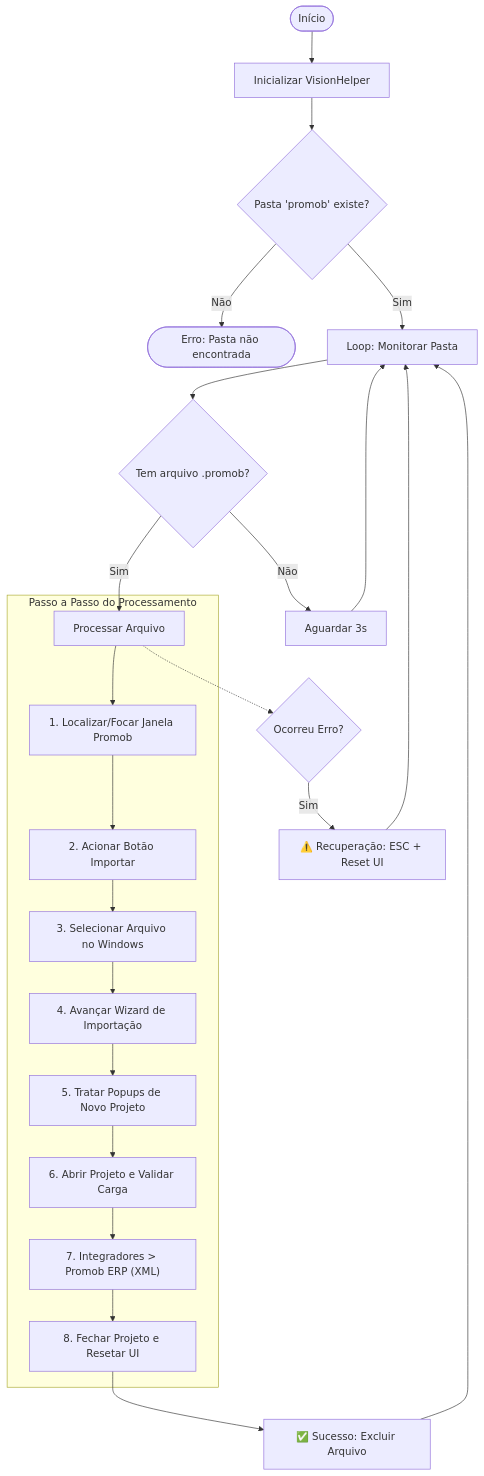
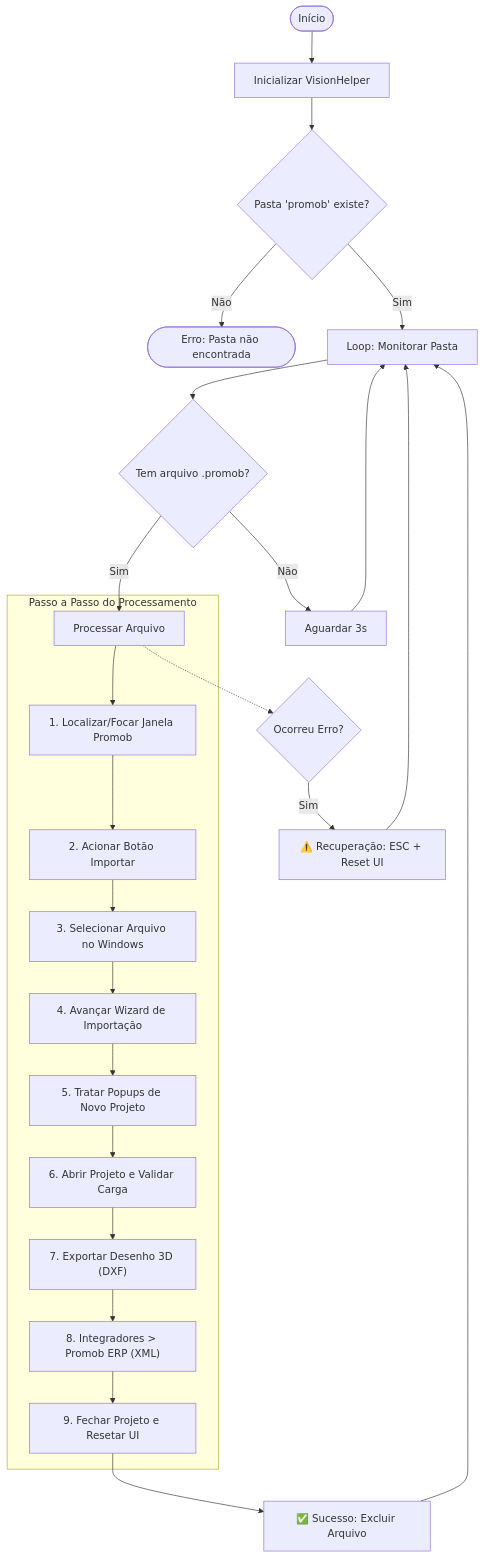
One commit to betolara1/PORMOB-AUTOMACAO changed the diagram in README.md. Above: the diagram before and after it, drawn with Mermaid. The commit also changed other lines of this file and 16 other files, not shown here.

````diff
--- a/README.md
+++ b/README.md
@@ -24,28 +41,29 @@
 ```mermaid
 graph TD
     Start([Início]) --> InitVision[Inicializar VisionHelper]
     InitVision --> CheckFolder{Pasta 'promob' existe?}
     CheckFolder -- Não --> EndError([Erro: Pasta não encontrada])
     CheckFolder -- Sim --> MainLoop[Loop: Monitorar Pasta]
     
     MainLoop --> GetFile{Tem arquivo .promob?}
     GetFile -- Não --> Wait[Aguardar 3s] --> MainLoop
     GetFile -- Sim --> Process[Processar Arquivo]
     
     subgraph Passo a Passo do Processamento
     Process --> FindPromob["1. Localizar/Focar Janela Promob"]
     FindPromob --> ClickImport["2. Acionar Botão Importar"]
     ClickImport --> SelectFile["3. Selecionar Arquivo no Windows"]
     SelectFile --> AdvWizard["4. Avançar Wizard de Importação"]
     AdvWizard --> HandlePopups["5. Tratar Popups de Novo Projeto"]
     HandlePopups --> OpenProj["6. Abrir Projeto e Validar Carga"]
-    OpenProj --> Navigate["7. Integradores > Promob ERP (XML)"]
-    Navigate --> CloseProj["8. Fechar Projeto e Resetar UI"]
+    OpenProj --> Export3D["7. Exportar Desenho 3D (DXF)"]
+    Export3D --> Navigate["8. Integradores > Promob ERP (XML)"]
+    Navigate --> CloseProj["9. Fechar Projeto e Resetar UI"]
     end
     
     CloseProj --> Success["✅ Sucesso: Excluir Arquivo"] --> MainLoop
     
     Process -.-> OnError{Ocorreu Erro?}
     OnError -- Sim --> Recovery["⚠️ Recuperação: ESC + Reset UI"]
     Recovery --> MainLoop
 ```
````
